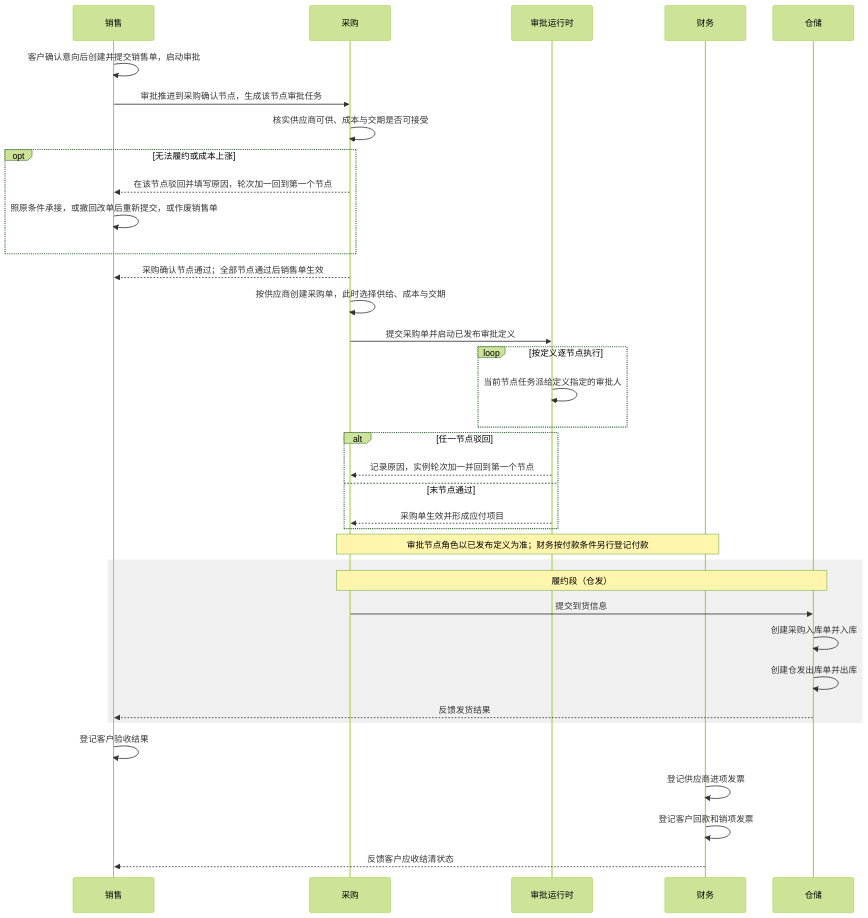
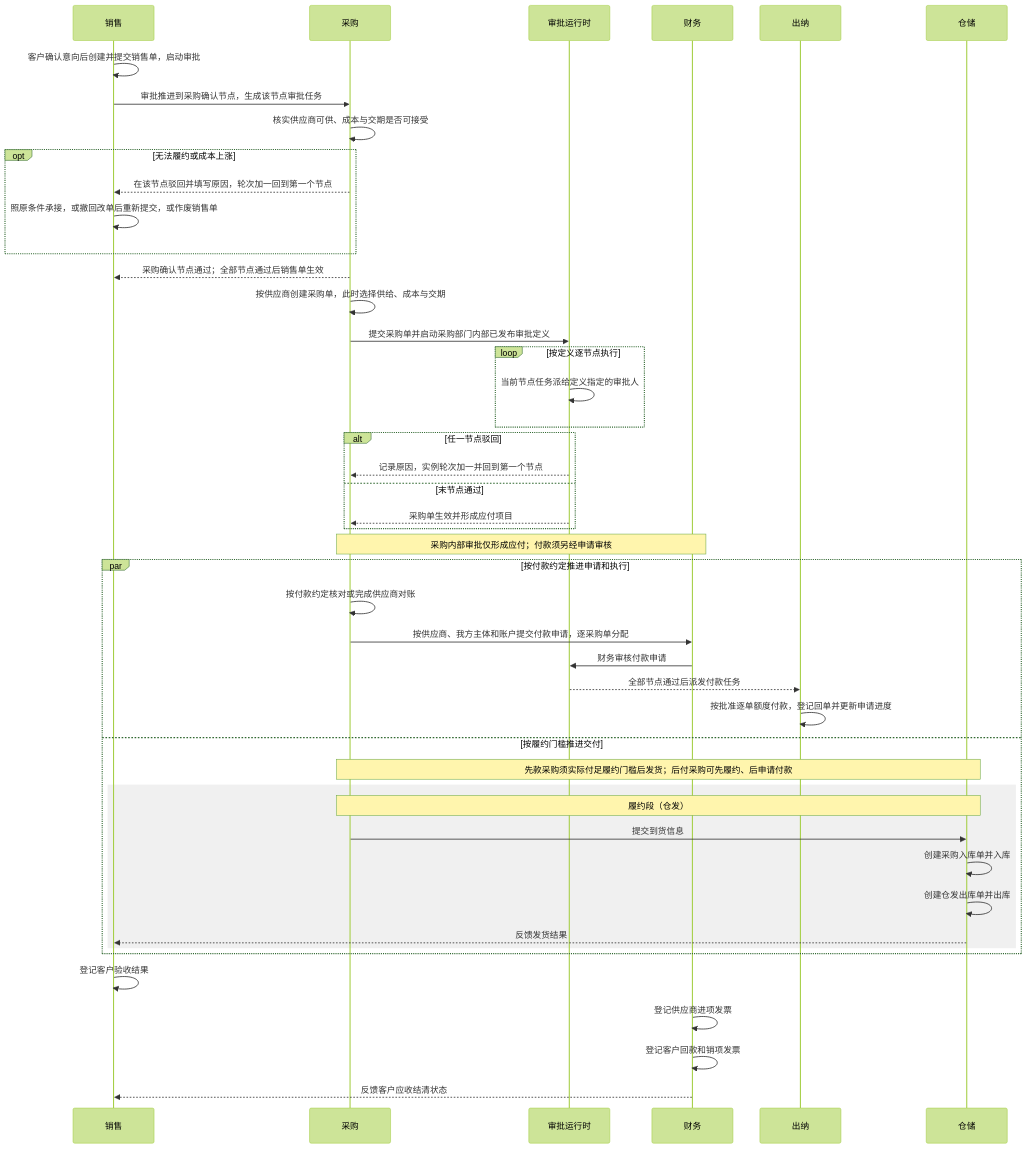
One commit to mztlive/erp changed the eighth of 11 diagrams in docs/erp-phase-1.md. Above: the diagram before and after it, drawn with Mermaid (forest theme). The commit also changed other lines of this file and 6 other files, not shown here.

````diff
--- a/docs/erp-phase-1.md
+++ b/docs/erp-phase-1.md
@@ -747,41 +759,51 @@
 ```mermaid
 sequenceDiagram
   participant 销售
   participant 采购
   participant 审批运行时
   participant 财务
+  participant 出纳
   participant 仓储
 
   销售->>销售: 客户确认意向后创建并提交销售单，启动审批
   销售->>采购: 审批推进到采购确认节点，生成该节点审批任务
   采购->>采购: 核实供应商可供、成本与交期是否可接受
   opt 无法履约或成本上涨
     采购-->>销售: 在该节点驳回并填写原因，轮次加一回到第一个节点
     销售->>销售: 照原条件承接，或撤回改单后重新提交，或作废销售单
   end
   采购-->>销售: 采购确认节点通过；全部节点通过后销售单生效
   采购->>采购: 按供应商创建采购单，此时选择供给、成本与交期
-  采购->>审批运行时: 提交采购单并启动已发布审批定义
+  采购->>审批运行时: 提交采购单并启动采购部门内部已发布审批定义
   loop 按定义逐节点执行
     审批运行时->>审批运行时: 当前节点任务派给定义指定的审批人
   end
   alt 任一节点驳回
     审批运行时-->>采购: 记录原因，实例轮次加一并回到第一个节点
   else 末节点通过
     审批运行时-->>采购: 采购单生效并形成应付项目
   end
-  Note over 采购,财务: 审批节点角色以已发布定义为准；财务按付款条件另行登记付款
+  Note over 采购,财务: 采购内部审批仅形成应付；付款须另经申请审核
+  par 按付款约定推进申请和执行
+  采购->>采购: 按付款约定核对或完成供应商对账
+  采购->>财务: 按供应商、我方主体和账户提交付款申请，逐采购单分配
+  财务->>审批运行时: 财务审核付款申请
+  审批运行时-->>出纳: 全部节点通过后派发付款任务
+  出纳->>出纳: 按批准逐单额度付款，登记回单并更新申请进度
+  and 按履约门槛推进交付
+  Note over 采购,仓储: 先款采购须实际付足履约门槛后发货；后付采购可先履约、后申请付款
 
   rect rgb(240, 240, 240)
     Note over 采购,仓储: 履约段（仓发）
     采购->>仓储: 提交到货信息
     仓储->>仓储: 创建采购入库单并入库
     仓储->>仓储: 创建仓发出库单并出库
     仓储-->>销售: 反馈发货结果
   end
+  end
 
   销售->>销售: 登记客户验收结果
   财务->>财务: 登记供应商进项发票
   财务->>财务: 登记客户回款和销项发票
   财务-->>销售: 反馈客户应收结清状态
 ```
````
